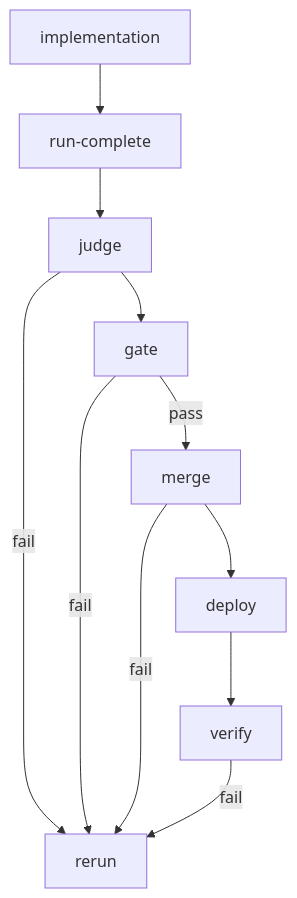
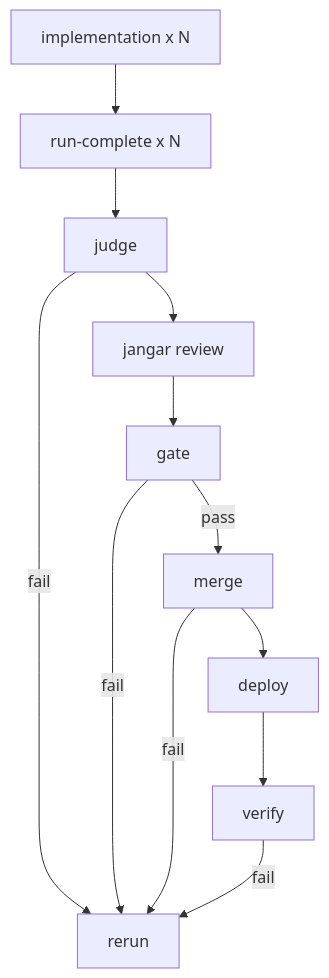
Before and after one commit to proompteng/lab: the diagram in docs/jangar/autonomous-codex-end-to-end-design-v2.md, drawn with Mermaid. The commit also changed other lines of this file, not shown here.

First line of the commit message:
docs: add configurable implementation iterations (#2328)

````diff
--- a/docs/jangar/autonomous-codex-end-to-end-design-v2.md
+++ b/docs/jangar/autonomous-codex-end-to-end-design-v2.md
@@ -141,13 +238,14 @@
 ```mermaid
 flowchart TD
-  implementation[implementation] --> run_complete[run-complete]
+  implementation[implementation x N] --> run_complete[run-complete x N]
   run_complete --> judge[judge]
-  judge --> gate[gate]
+  judge --> jangar_review[jangar review]
+  jangar_review --> gate[gate]
   gate -->|pass| merge[merge]
   merge --> deploy[deploy]
   deploy --> verify[verify]
   judge -->|fail| rerun[rerun]
   gate -->|fail| rerun
   merge -->|fail| rerun
   verify -->|fail| rerun
 ```
````
